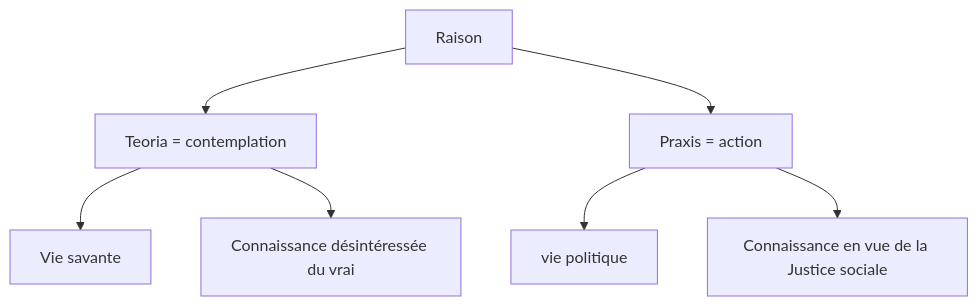
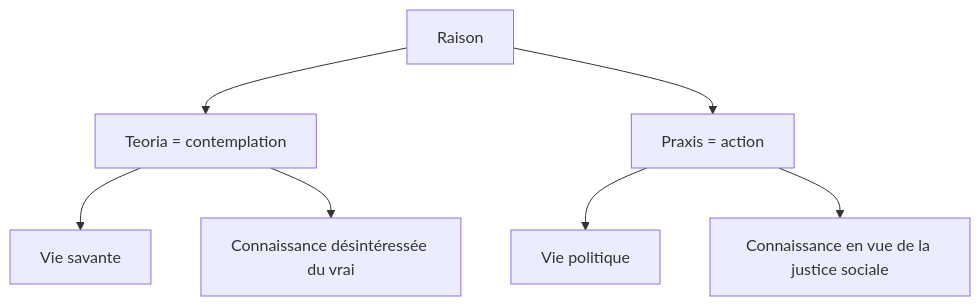
Before and after one commit to rollauda/phil24: the diagram in docs/L1/L1-2-0.md, drawn with Mermaid. The commit also changed other lines of this file and 24 other files, not shown here.

````diff
--- a/docs/L1/L1-2-0.md
+++ b/docs/L1/L1-2-0.md
@@ -58,16 +89,17 @@
 ```mermaid
 graph TD;
+
 
 R[Raison]-->T[Teoria = contemplation];
 
 T[Teoria = contemplation]-->VS[Vie savante]
 
 T[Teoria = contemplation]-->C[Connaissance désintéressée du vrai]
 
 R[Raison]-->P[Praxis = action];
 
-P[Praxis = action]-->VP[vie politique]
+P[Praxis = action]-->VP[Vie politique]
 
-P[Praxis = action]-->CJ[Connaissance en vue de la Justice sociale]
+P[Praxis = action]-->CJ[Connaissance en vue de la justice sociale]
 
 ```
````
